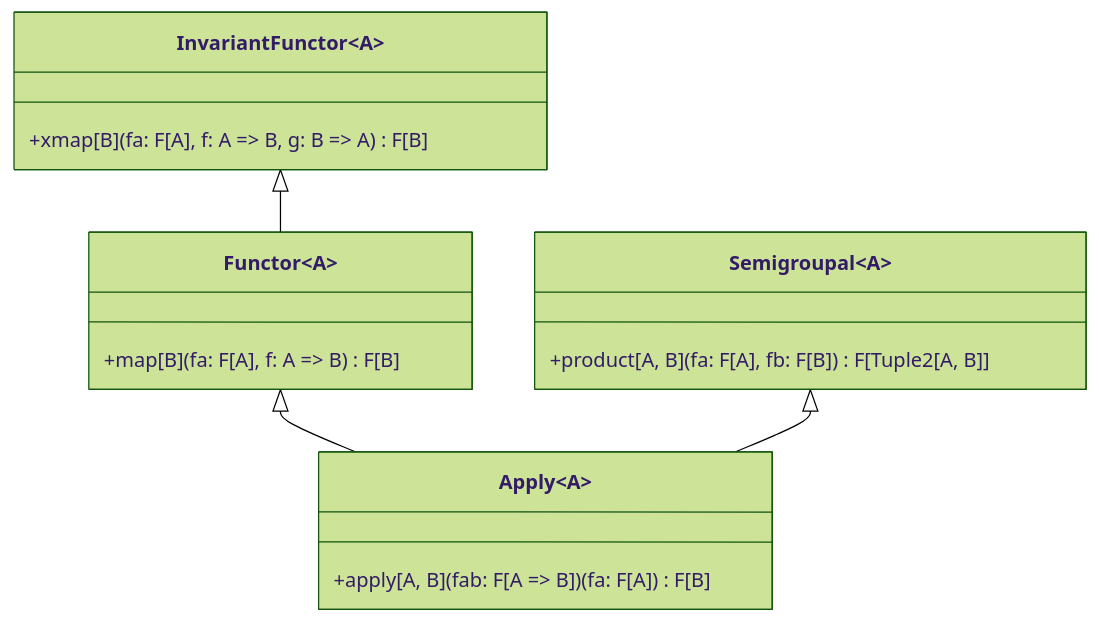
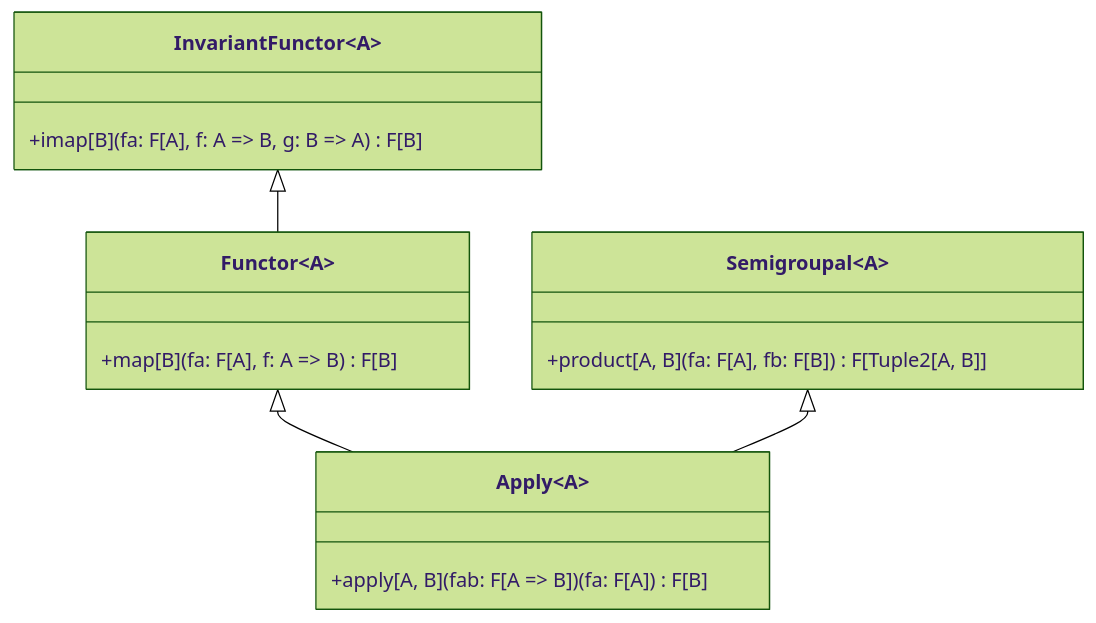
The diagram in docs/typeclass/monad/apply.md (artemkorsakov/scalabook), drawn with Mermaid (forest theme) before and after one commit. The commit also changed 24 other files, not shown here.

````diff
--- a/docs/typeclass/monad/apply.md
+++ b/docs/typeclass/monad/apply.md
@@ -225,18 +225,18 @@
 ```mermaid
 classDiagram
     class InvariantFunctor~A~{
-        +xmap[B](fa: F[A], f: A => B, g: B => A) F[B]
+        +imap[B](fa: F[A], f: A => B, g: B => A) F[B]
     }
     class Semigroupal~A~{
         +product[A, B](fa: F[A], fb: F[B]) F[Tuple2[A, B]]
     }
     class Functor~A~{
         +map[B](fa: F[A], f: A => B) F[B]
     }
     InvariantFunctor <|-- Functor    
     class Apply~A~{
         +apply[A, B](fab: F[A => B])(fa: F[A]) F[B]
     }
     Functor <|-- Apply
     Semigroupal <|-- Apply
 ```
````
